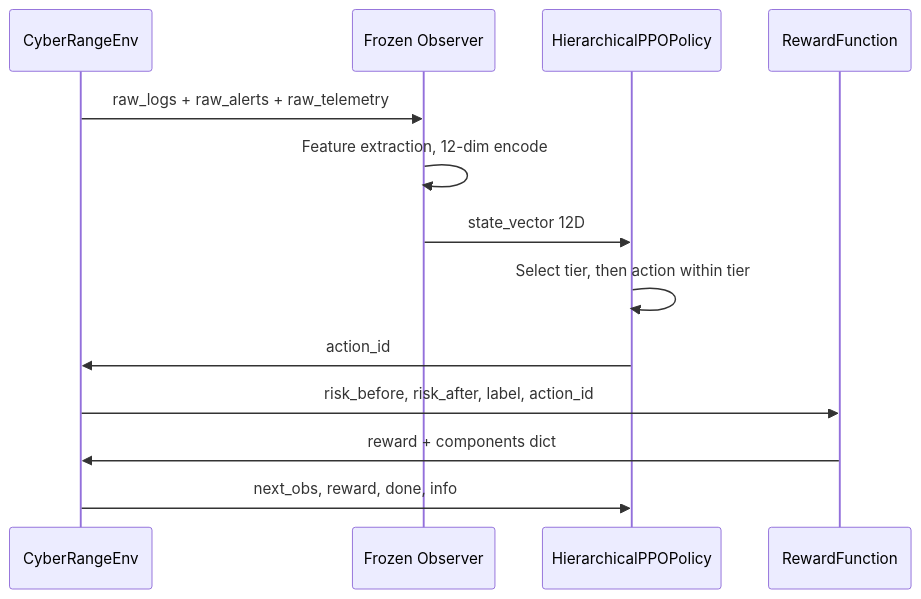
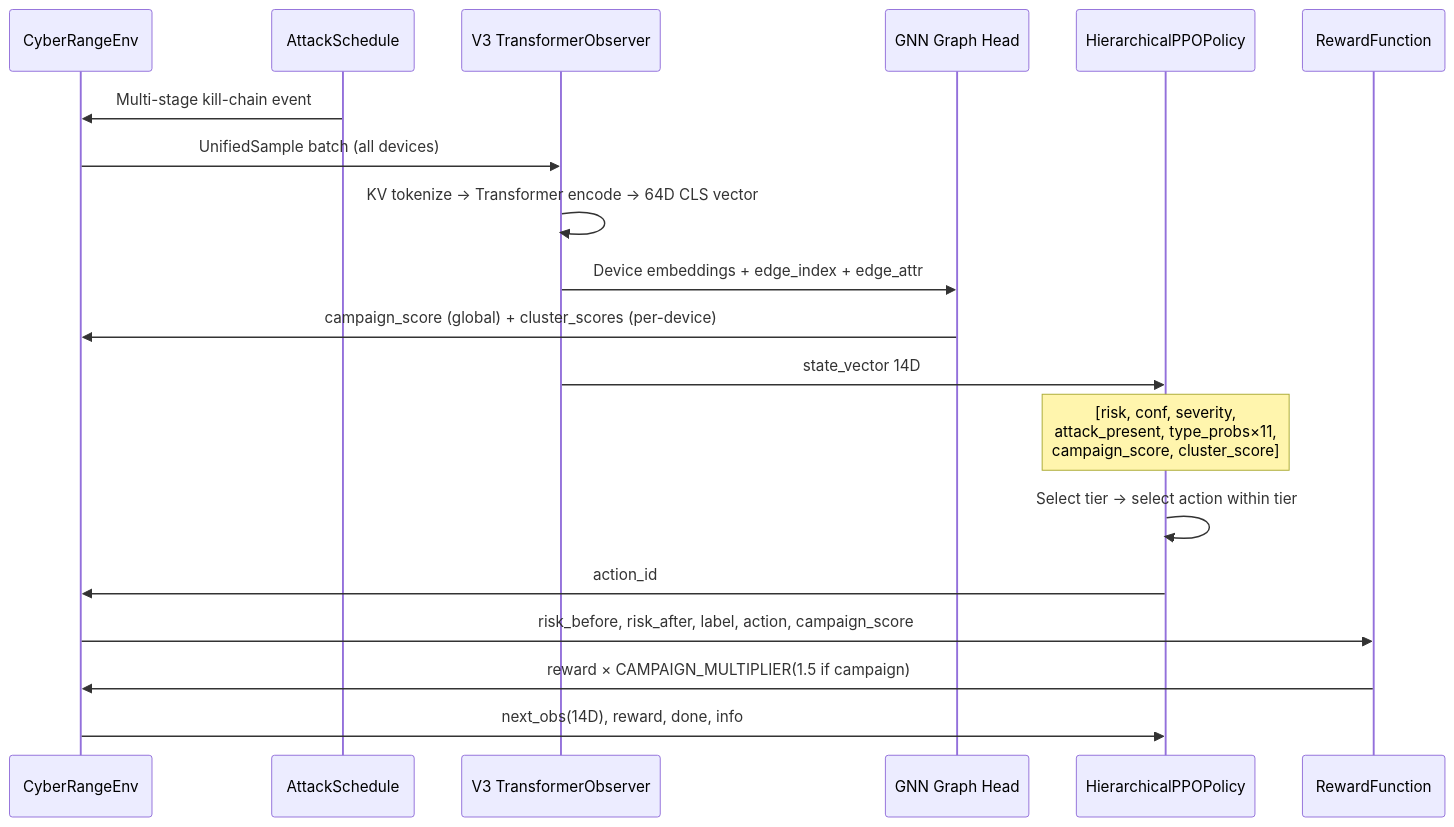
Before and after one commit to didi-09/AI_DRIVEN_SOAR: the second of 14 diagrams in README.md, drawn with Mermaid. The commit also changed other lines of this file, not shown here.

````diff
--- a/README.md
+++ b/README.md
@@ -51,16 +80,22 @@
 ```mermaid
 sequenceDiagram
     participant ENV as CyberRangeEnv
-    participant OBS as Frozen Observer
+    participant ATK as AttackSchedule
+    participant OBS as V3 TransformerObserver
+    participant GNN as GNN Graph Head
     participant PPO as HierarchicalPPOPolicy
     participant RWD as RewardFunction
 
-    ENV->>OBS: raw_logs + raw_alerts + raw_telemetry
-    OBS->>OBS: Feature extraction, 12-dim encode
-    OBS->>PPO: state_vector 12D
-    PPO->>PPO: Select tier, then action within tier
+    ATK->>ENV: Multi-stage kill-chain event
+    ENV->>OBS: UnifiedSample batch (all devices)
+    OBS->>OBS: KV tokenize → Transformer encode → 64D CLS vector
+    OBS->>GNN: Device embeddings + edge_index + edge_attr
+    GNN->>ENV: campaign_score (global) + cluster_scores (per-device)
+    OBS->>PPO: state_vector 14D
+    Note over PPO: [risk, conf, severity,<br/>attack_present, type_probs×11,<br/>campaign_score, cluster_score]
+    PPO->>PPO: Select tier → select action within tier
     PPO->>ENV: action_id
-    ENV->>RWD: risk_before, risk_after, label, action_id
-    RWD->>ENV: reward + components dict
-    ENV->>PPO: next_obs, reward, done, info
+    ENV->>RWD: risk_before, risk_after, label, action, campaign_score
+    RWD->>ENV: reward × CAMPAIGN_MULTIPLIER(1.5 if campaign)
+    ENV->>PPO: next_obs(14D), reward, done, info
 ```
````
